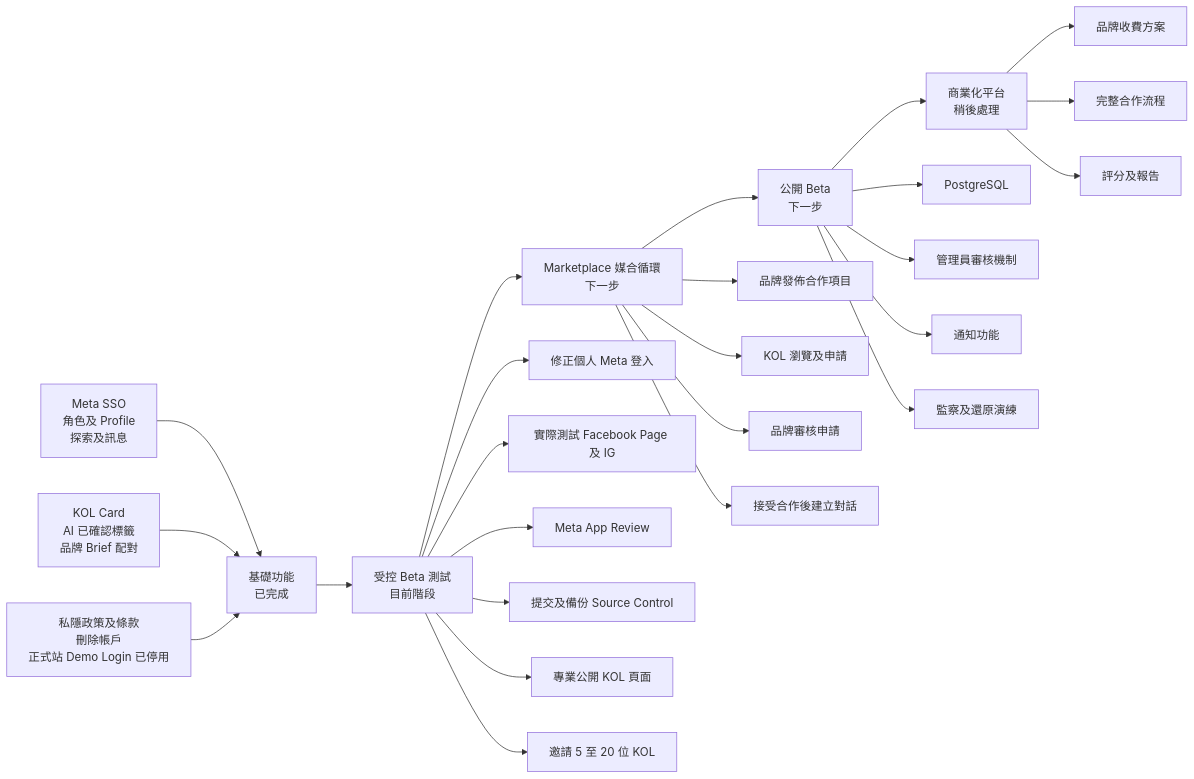
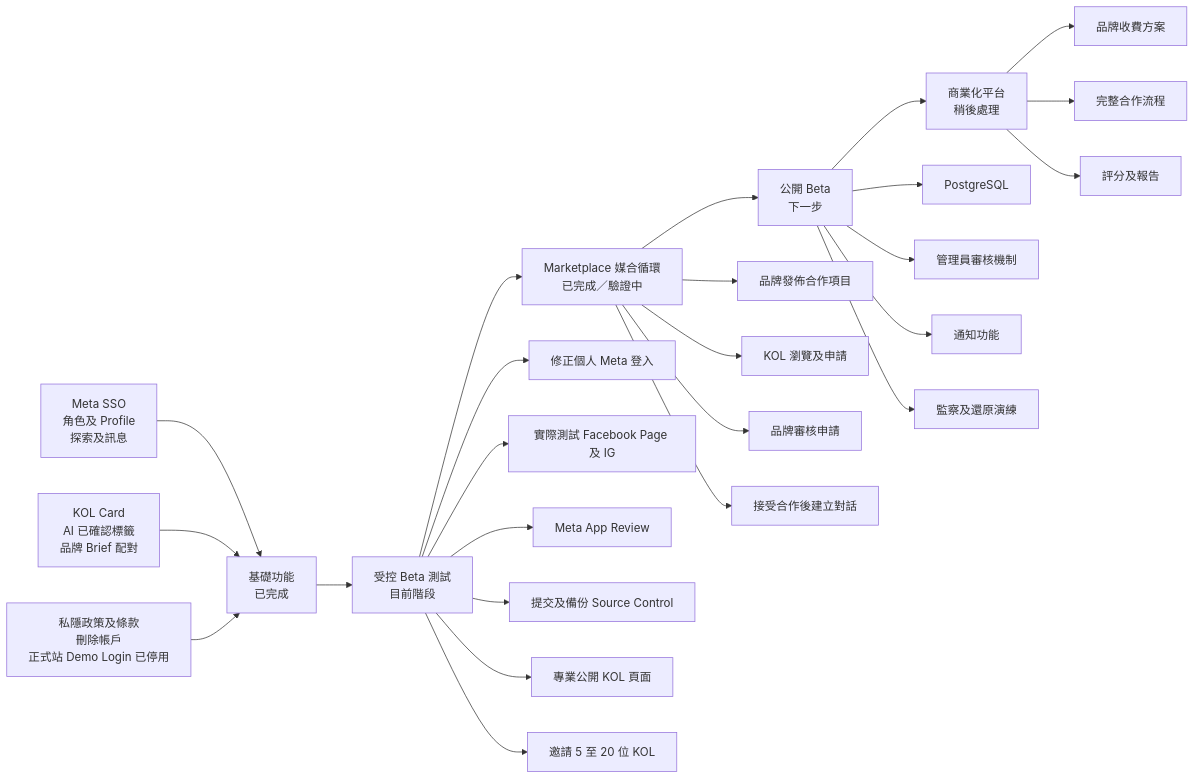
The first of 3 diagrams in docs/PRODUCT_ROADMAP_ZH_HANT.md (KarlTedku/KOLD), drawn with Mermaid before and after one commit. The commit also changed other lines of this file and 7 other files, not shown here.

Commit message:
Document engineering roadmap and contribution policy

````diff
--- a/docs/PRODUCT_ROADMAP_ZH_HANT.md
+++ b/docs/PRODUCT_ROADMAP_ZH_HANT.md
@@ -21,32 +23,32 @@
 ```mermaid
 flowchart LR
     A[基礎功能<br/>已完成] --> B[受控 Beta 測試<br/>目前階段]
-    B --> C[Marketplace 媒合循環<br/>下一步]
+    B --> C[Marketplace 媒合循環<br/>已完成／驗證中]
     C --> D[公開 Beta<br/>下一步]
     D --> E[商業化平台<br/>稍後處理]
 
     A1[Meta SSO<br/>角色及 Profile<br/>探索及訊息] --> A
     A2[KOL Card<br/>AI 已確認標籤<br/>品牌 Brief 配對] --> A
     A3[私隱政策及條款<br/>刪除帳戶<br/>正式站 Demo Login 已停用] --> A
 
     B --> B1[修正個人 Meta 登入]
     B --> B2[實際測試 Facebook Page 及 IG]
     B --> B3[Meta App Review]
     B --> B4[提交及備份 Source Control]
     B --> B5[專業公開 KOL 頁面]
     B --> B6[邀請 5 至 20 位 KOL]
 
     C --> C1[品牌發佈合作項目]
     C --> C2[KOL 瀏覽及申請]
     C --> C3[品牌審核申請]
     C --> C4[接受合作後建立對話]
 
     D --> D1[PostgreSQL]
     D --> D2[管理員審核機制]
     D --> D3[通知功能]
     D --> D4[監察及還原演練]
 
     E --> E1[品牌收費方案]
     E --> E2[完整合作流程]
     E --> E3[評分及報告]
 ```
````
